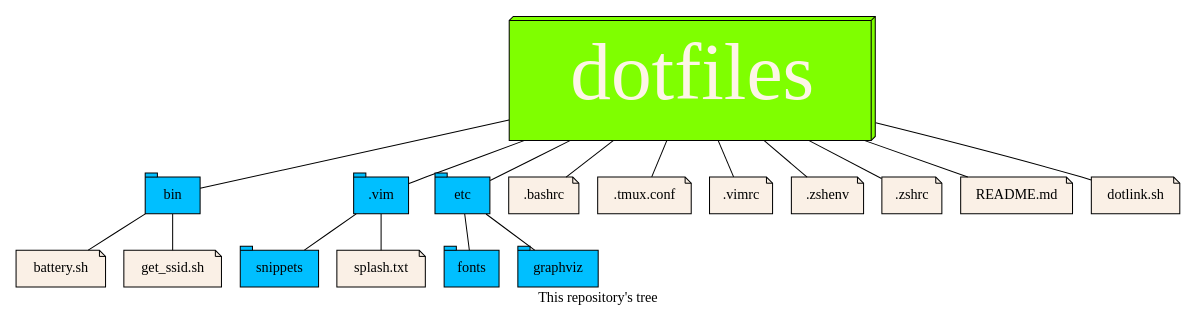
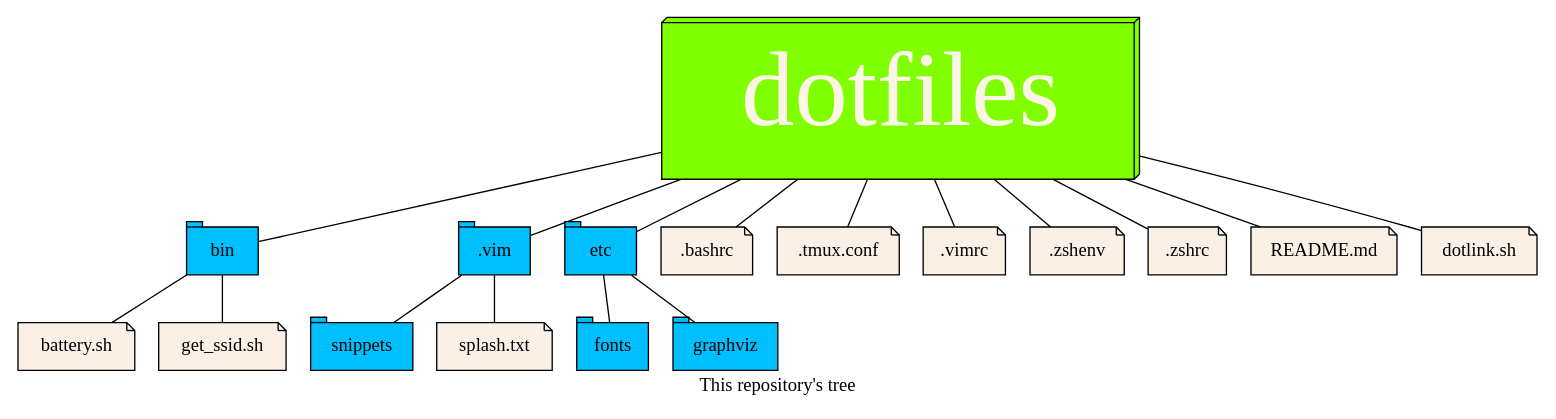
One commit to umasoya/dotfiles changed the diagram in etc/graphviz/directory_tree.dot. Above: the diagram before and after it, drawn with Graphviz.

Commit message:
Source of my repository graph

```diff
--- a/etc/graphviz/directory_tree.dot
+++ b/etc/graphviz/directory_tree.dot
@@ -1,52 +1,49 @@
 // dotfiles repository tree
 
 graph g{
 
-	size=10
-//	rankdir=BT
+	size=13
 	graph[label="This repository's tree"];
 	graph[bgcolor="#00000000"];
 
 // Node style
 		"dotfiles"[shape=box3d, fixedsize=true, width=5, height=1.7, fontsize=80, style=filled, fillcolor=chartreuse, fontcolor=oldlace];
 
 // Directory
 	node[shape=tab,style=filled, fillcolor=deepskyblue, fontcolor=black];
 	{
 		{
 			rank=same
 		"bin" ".vim" "etc"
 		}
 		{
 			rank=same
 			"fonts" "graphviz"
 		}
 		"snippets"
 	}
 // Files
 		node[shape=note, style=filled, fillcolor=linen];
 		{
 			{
 				rank=same
 				".bashrc" ".tmux.conf" ".vimrc" ".zshenv" ".zshrc"
 		"README.md" "dotlink.sh"
 			}
 		"splash.txt"
 		{
 			rank=same
 				"battery.sh" "get_ssid.sh"
 		}
 		}
 
 
 // Draw line
 	"dotfiles" -- {"bin" ".vim" "etc"};
 	"dotfiles" -- {".bashrc" ".tmux.conf" ".vimrc" ".zshenv" ".zshrc"
 		 "README.md" "dotlink.sh"};
 	"etc" -- {"fonts" "graphviz"};
 	".vim" -- {"snippets" "splash.txt"};
 	"bin" -- {"battery.sh" "get_ssid.sh"};
 
-// Nodo rank
-//	{rank = same; "bin"; ".vim"; "etc"}
 }
```
